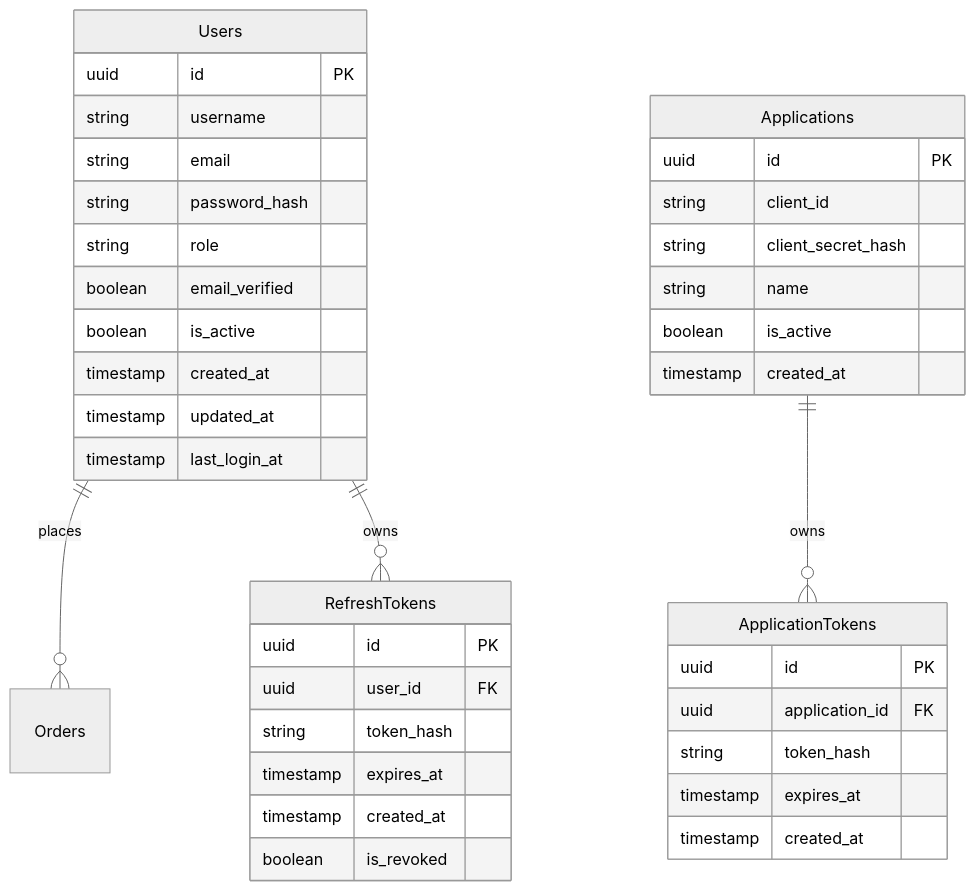
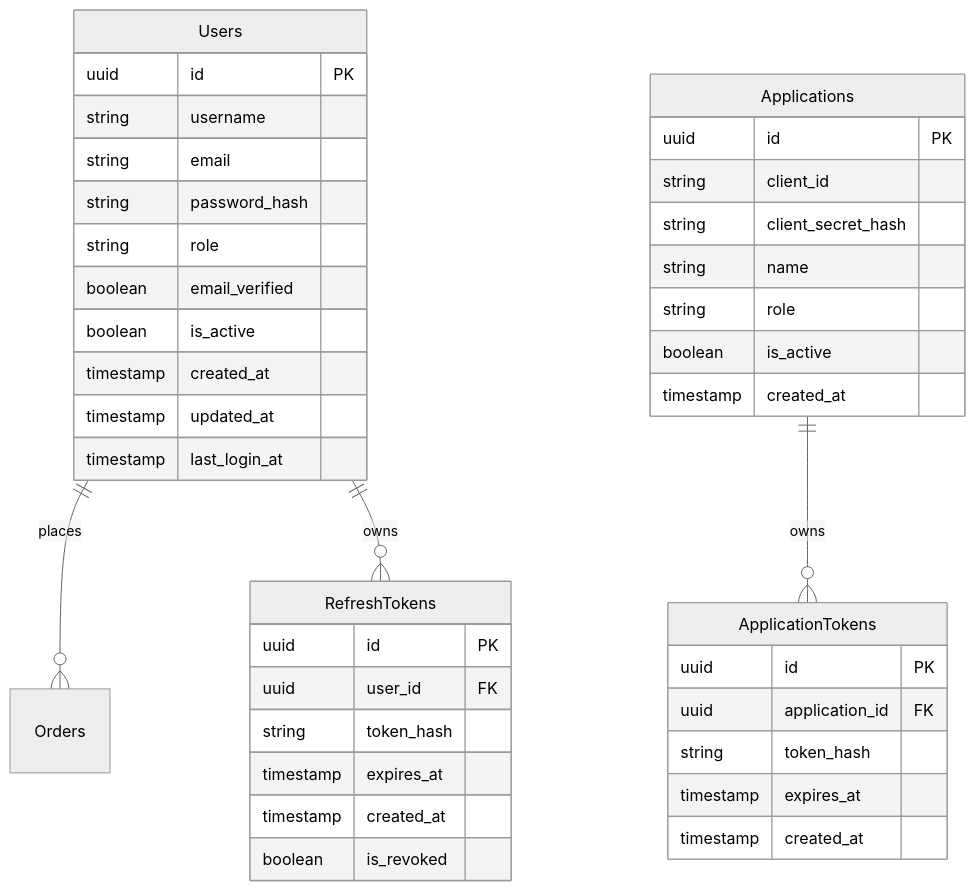
Before and after one commit to zzaia/zzaia-trio-coffee-shop: the diagram in CoffeeShop/docs/identity/identity-data-models.md, drawn with Mermaid (neutral theme). The commit also changed other lines of this file and 7 other files, not shown here.

````diff
--- a/CoffeeShop/docs/identity/identity-data-models.md
+++ b/CoffeeShop/docs/identity/identity-data-models.md
@@ -5,45 +5,46 @@
 ```mermaid
 erDiagram
     Users ||--o{ Orders : places
     Users ||--o{ RefreshTokens : owns
     Applications ||--o{ ApplicationTokens : owns
 
     Users {
         uuid id PK
         string username
         string email
         string password_hash
         string role
         boolean email_verified
         boolean is_active
         timestamp created_at
         timestamp updated_at
         timestamp last_login_at
     }
 
     RefreshTokens {
         uuid id PK
         uuid user_id FK
         string token_hash
         timestamp expires_at
         timestamp created_at
         boolean is_revoked
     }
 
     Applications {
         uuid id PK
         string client_id
         string client_secret_hash
         string name
+        string role
         boolean is_active
         timestamp created_at
     }
 
     ApplicationTokens {
         uuid id PK
         uuid application_id FK
         string token_hash
         timestamp expires_at
         timestamp created_at
     }
 ```
````
